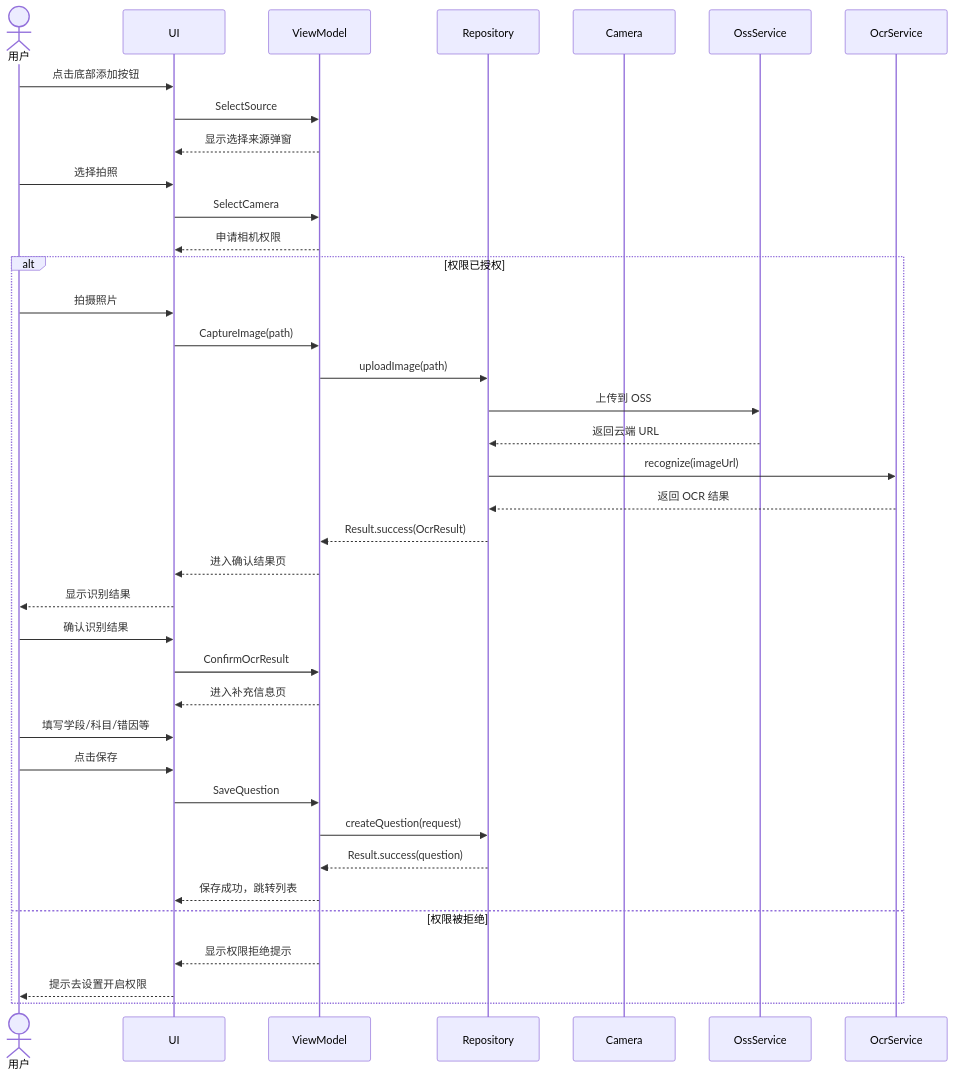
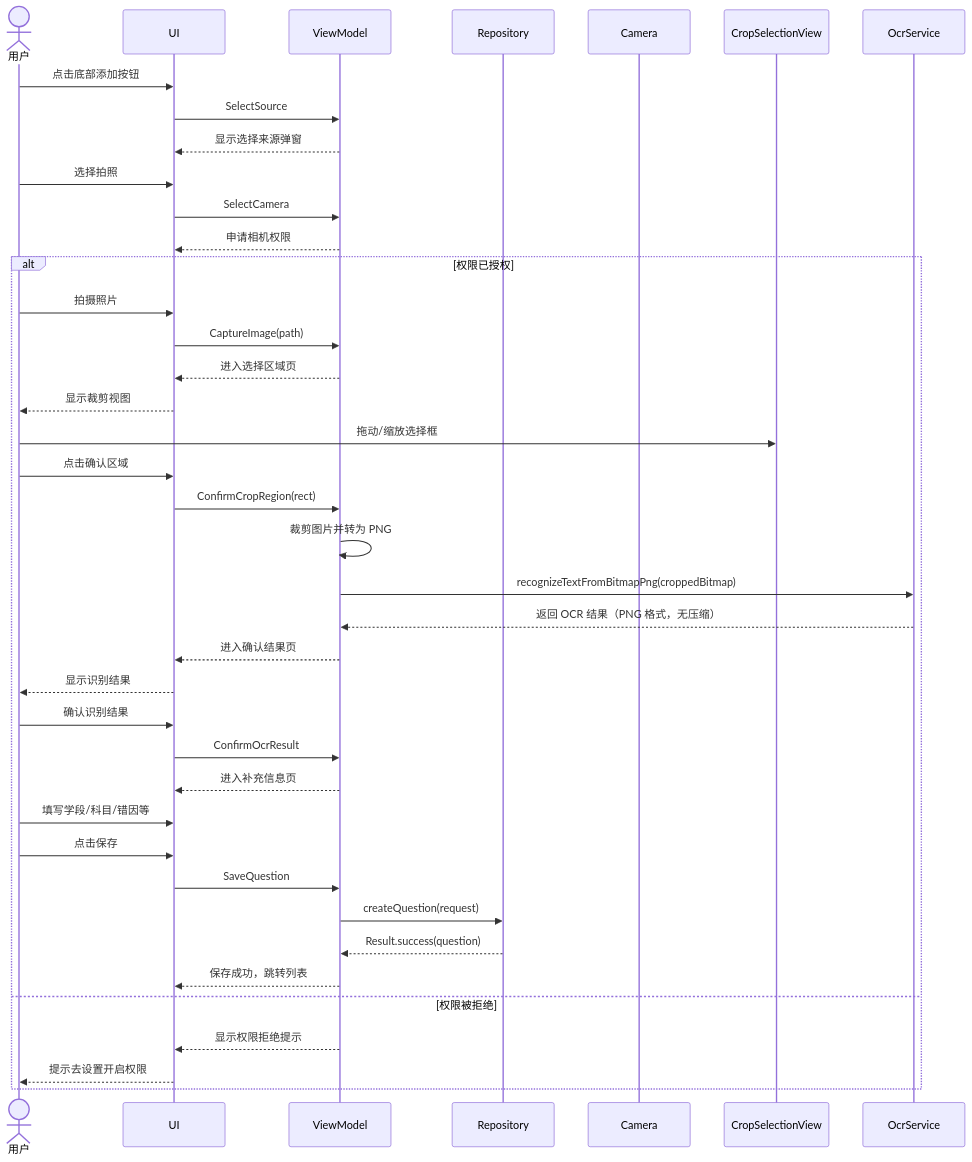
The sixth of 10 diagrams in docs/状元错题集_Android技术设计_v1.0.md (lw-byte/TopScoreErrorNotebook), drawn with Mermaid before and after one commit. The commit also changed other lines of this file and 3 other files, not shown here.

````diff
--- a/docs/状元错题集_Android技术设计_v1.0.md
+++ b/docs/状元错题集_Android技术设计_v1.0.md
@@ -1435,41 +1457,43 @@
 ```mermaid
 sequenceDiagram
   actor 用户
   participant UI
   participant ViewModel
   participant Repository
   participant Camera
-  participant OssService
+  participant CropSelectionView
   participant OcrService
 
   用户->>UI: 点击底部添加按钮
   UI->>ViewModel: SelectSource
   ViewModel-->>UI: 显示选择来源弹窗
   用户->>UI: 选择拍照
   UI->>ViewModel: SelectCamera
   ViewModel-->>UI: 申请相机权限
   alt 权限已授权
     用户->>UI: 拍摄照片
     UI->>ViewModel: CaptureImage(path)
-    ViewModel->>Repository: uploadImage(path)
-    Repository->>OssService: 上传到 OSS
-    OssService-->>Repository: 返回云端 URL
-    Repository->>OcrService: recognize(imageUrl)
-    OcrService-->>Repository: 返回 OCR 结果
-    Repository-->>ViewModel: Result.success(OcrResult)
+    ViewModel-->>UI: 进入选择区域页
+    UI-->>用户: 显示裁剪视图
+    用户->>CropSelectionView: 拖动/缩放选择框
+    用户->>UI: 点击确认区域
+    UI->>ViewModel: ConfirmCropRegion(rect)
+    ViewModel->>ViewModel: 裁剪图片并转为 PNG
+    ViewModel->>OcrService: recognizeTextFromBitmapPng(croppedBitmap)
+    OcrService-->>ViewModel: 返回 OCR 结果（PNG 格式，无压缩）
     ViewModel-->>UI: 进入确认结果页
     UI-->>用户: 显示识别结果
     用户->>UI: 确认识别结果
     UI->>ViewModel: ConfirmOcrResult
     ViewModel-->>UI: 进入补充信息页
     用户->>UI: 填写学段/科目/错因等
     用户->>UI: 点击保存
     UI->>ViewModel: SaveQuestion
     ViewModel->>Repository: createQuestion(request)
     Repository-->>ViewModel: Result.success(question)
     ViewModel-->>UI: 保存成功，跳转列表
   else 权限被拒绝
     ViewModel-->>UI: 显示权限拒绝提示
     UI-->>用户: 提示去设置开启权限
   end
 ```
````
